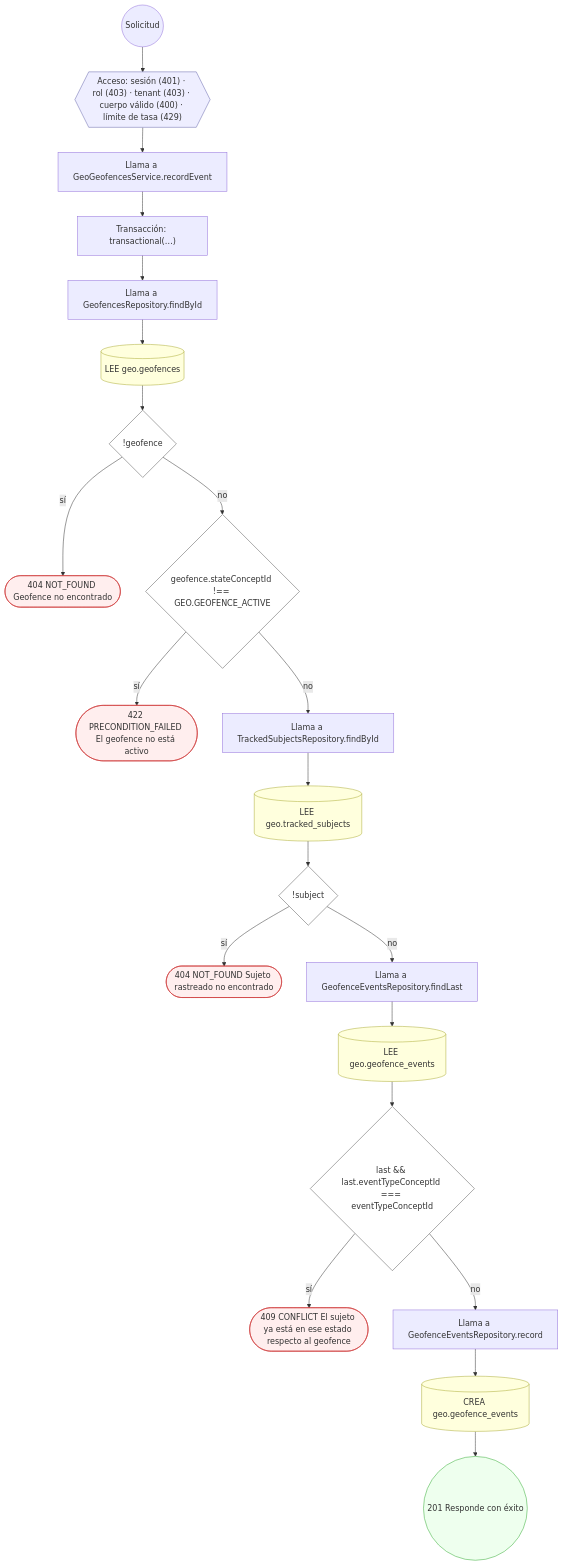
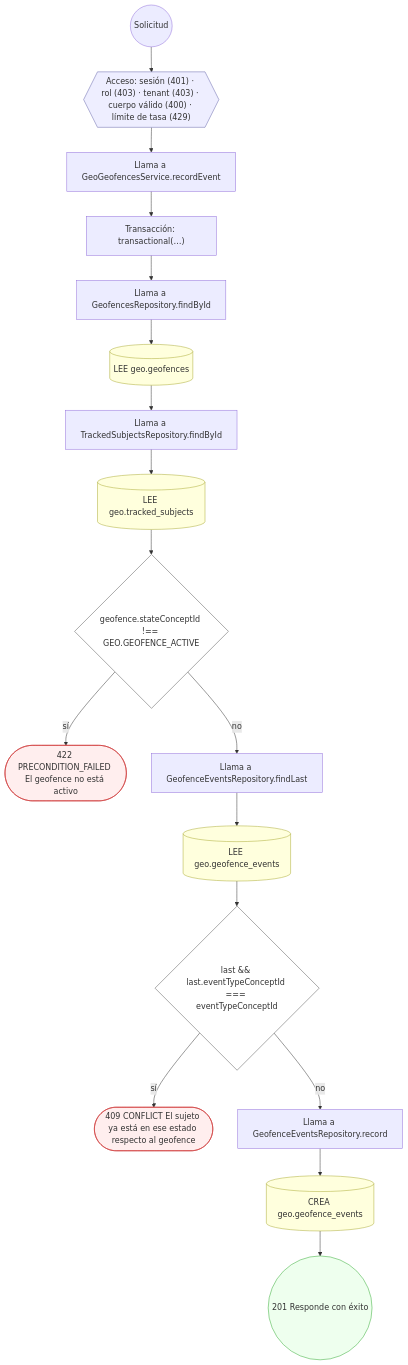
The second of 11 diagrams in docs/inventario/flujos/geo.md (mdavila-2001/mantra-core-health-api), drawn with Mermaid before and after one commit. The commit also changed other lines of this file and 438 other files, not shown here.

````diff
--- a/docs/inventario/flujos/geo.md
+++ b/docs/inventario/flujos/geo.md
@@ -132,50 +131,42 @@
 ```mermaid
 flowchart TD
   n1(("Solicitud")):::inicio
   n2{{"Acceso: sesión (401) · rol (403) · tenant (403) · cuerpo válido (400) · límite de tasa (429)"}}:::acceso
   n1 --> n2
   n3["Llama a GeoGeofencesService.recordEvent"]:::llamada
   n2 --> n3
   n4["Transacción: transactional(…)"]:::transaccion
   n3 --> n4
   n5["Llama a GeofencesRepository.findById"]:::llamada
   n4 --> n5
   n6[("LEE geo.geofences")]:::efecto
   n5 --> n6
-  n7{"!geofence"}:::decision
+  n7["Llama a TrackedSubjectsRepository.findById"]:::llamada
   n6 --> n7
-  n8(["404 NOT_FOUND Geofence no encontrado"]):::error
-  n7 -->|"sí"| n8
+  n8[("LEE geo.tracked_subjects")]:::efecto
+  n7 --> n8
   n9{"geofence.stateConceptId !== GEO.GEOFENCE_ACTIVE"}:::decision
-  n7 -->|"no"| n9
+  n8 --> n9
   n10(["422 PRECONDITION_FAILED El geofence no está activo"]):::error
   n9 -->|"sí"| n10
-  n11["Llama a TrackedSubjectsRepository.findById"]:::llamada
+  n11["Llama a GeofenceEventsRepository.findLast"]:::llamada
   n9 -->|"no"| n11
-  n12[("LEE geo.tracked_subjects")]:::efecto
+  n12[("LEE geo.geofence_events")]:::efecto
   n11 --> n12
-  n13{"!subject"}:::decision
+  n13{"last && last.eventTypeConceptId === eventTypeConceptId"}:::decision
   n12 --> n13
-  n14(["404 NOT_FOUND Sujeto rastreado no encontrado"]):::error
+  n14(["409 CONFLICT El sujeto ya está en ese estado respecto al geofence"]):::error
   n13 -->|"sí"| n14
-  n15["Llama a GeofenceEventsRepository.findLast"]:::llamada
+  n15["Llama a GeofenceEventsRepository.record"]:::llamada
   n13 -->|"no"| n15
-  n16[("LEE geo.geofence_events")]:::efecto
+  n16[("CREA geo.geofence_events")]:::efecto
   n15 --> n16
-  n17{"last && last.eventTypeConceptId === eventTypeConceptId"}:::decision
+  n17(("201 Responde con éxito")):::ok
   n16 --> n17
-  n18(["409 CONFLICT El sujeto ya está en ese estado respecto al geofence"]):::error
-  n17 -->|"sí"| n18
-  n19["Llama a GeofenceEventsRepository.record"]:::llamada
-  n17 -->|"no"| n19
-  n20[("CREA geo.geofence_events")]:::efecto
-  n19 --> n20
-  n21(("201 Responde con éxito")):::ok
-  n20 --> n21
   classDef acceso fill:#eef,stroke:#66a
   classDef error fill:#fee,stroke:#c33
   classDef ok fill:#efe,stroke:#3a3
   classDef efecto fill:#ffd,stroke:#aa3
   classDef decision fill:#fff,stroke:#555
   classDef corte fill:#eee,stroke:#999,stroke-dasharray: 4
 ```
````
